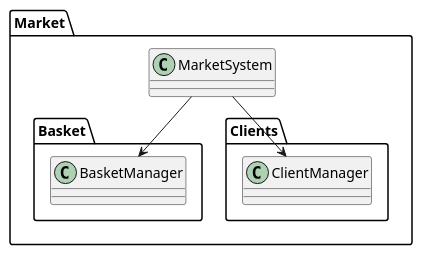
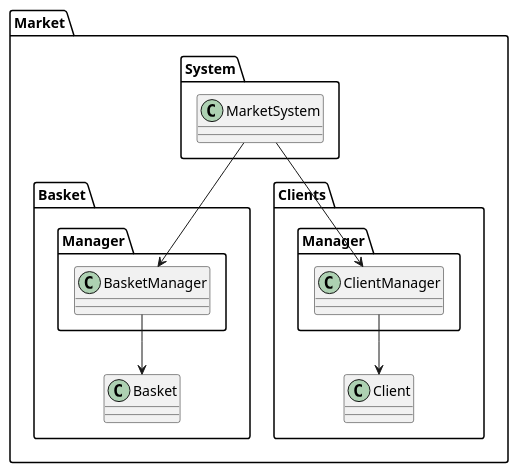
The diagram in Documentation/Anatomy of a System.puml (GiovanniZambiasi/gameplay-framework-unity), drawn with PlantUML before and after one commit. The commit also changed 44 other files, not shown here.

```diff
--- a/Documentation/Anatomy of a System.puml
+++ b/Documentation/Anatomy of a System.puml
@@ -1,21 +1,38 @@
 @startuml
 'https://plantuml.com/class-diagram
 
 package Market
 {
+package System
+{
 class MarketSystem
+}
 
 package Market.Basket
 {
+package Manager
+{
 class BasketManager
+}
+
+class Basket
+
+BasketManager --> Basket
 }
 package Market.Clients
 {
+package Manager
+{
 class ClientManager
+}
+
+class Client
+
+ClientManager --> Client
 }
 
 MarketSystem -down-> BasketManager 
 MarketSystem -down-> ClientManager
 }
 
 @enduml
```
